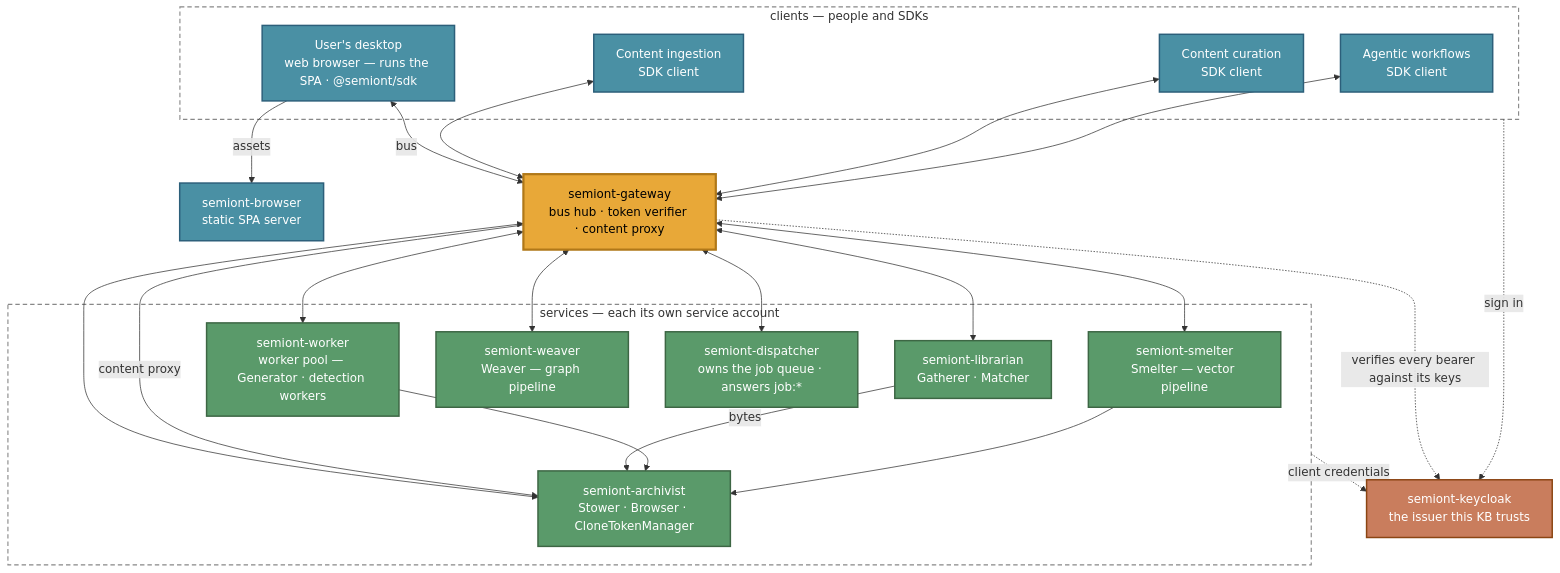
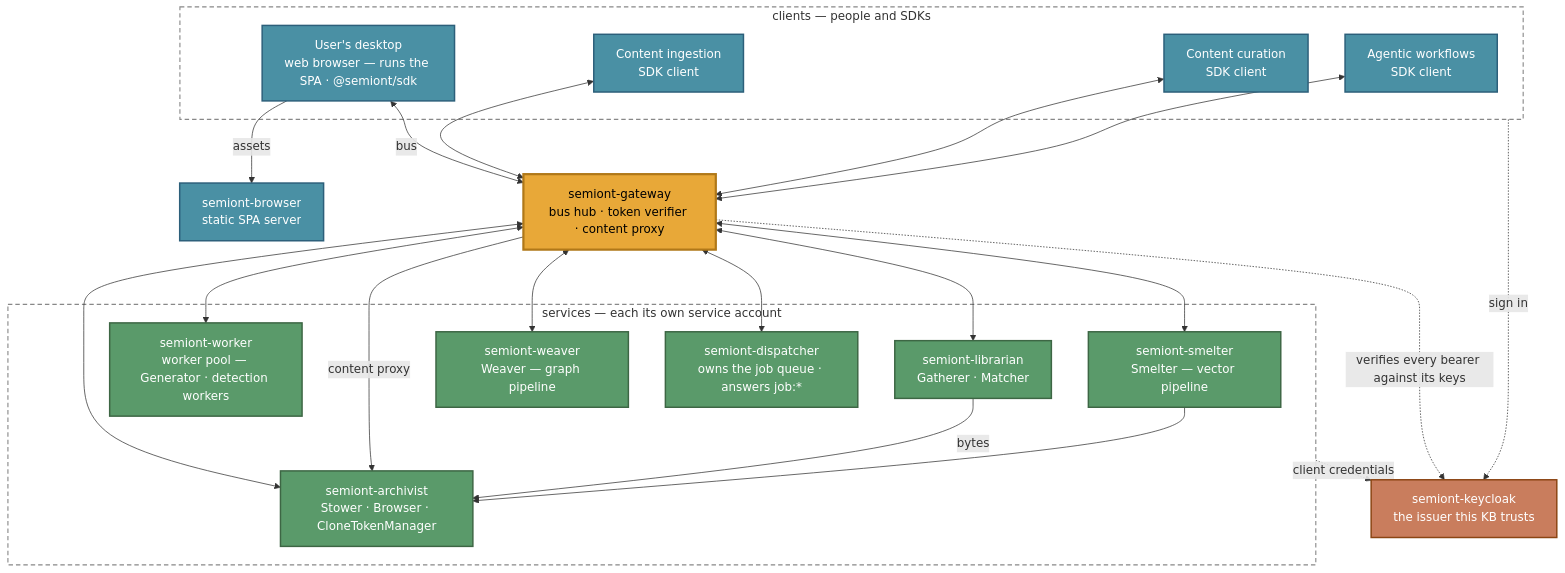
The first of 2 diagrams in docs/operator/CONTAINER-TOPOLOGY.md (The-AI-Alliance/semiont), drawn with Mermaid before and after one commit. The commit also changed other lines of this file and 563 other files, not shown here.

````diff
--- a/docs/operator/CONTAINER-TOPOLOGY.md
+++ b/docs/operator/CONTAINER-TOPOLOGY.md
@@ -22,56 +22,55 @@
 ```mermaid
 graph TB
     subgraph CLIENTS ["clients — people and SDKs"]
         USER["User's desktop<br/>web browser — runs the SPA · @semiont/sdk"]
         INGEST["Content ingestion<br/>SDK client"]
         CURATE["Content curation<br/>SDK client"]
         AGENT["Agentic workflows<br/>SDK client"]
     end
 
     BROWSERC["semiont-browser<br/>static SPA server"]
     GW["semiont-gateway<br/>bus hub · token verifier · content proxy"]
     KC["semiont-keycloak<br/>the issuer this KB trusts"]
 
     subgraph SERVICES ["services — each its own service account"]
         LIB["semiont-librarian<br/>Gatherer · Matcher"]
         WORKER["semiont-worker<br/>worker pool — Generator · detection workers"]
         SMELT["semiont-smelter<br/>Smelter — vector pipeline"]
         WEAVE["semiont-weaver<br/>Weaver — graph pipeline"]
         ARCH["semiont-archivist<br/>Stower · Browser · CloneTokenManager"]
         DISP["semiont-dispatcher<br/>owns the job queue · answers job:*"]
     end
 
     USER -->|assets| BROWSERC
     USER <-->|bus| GW
     INGEST <--> GW
     CURATE <--> GW
     AGENT <--> GW
 
     GW <--> LIB
     GW <--> WORKER
     GW <--> SMELT
     GW <--> WEAVE
     GW <--> ARCH
     GW <--> DISP
 
     GW -->|content proxy| ARCH
     LIB -->|bytes| ARCH
-    WORKER --> ARCH
     SMELT --> ARCH
 
     CLIENTS -.->|sign in| KC
     SERVICES -.->|client credentials| KC
     GW -.->|verifies every bearer against its keys| KC
 
     classDef client fill:#4a90a4,stroke:#2c5f7a,stroke-width:2px,color:#fff
     classDef svc fill:#5a9a6a,stroke:#3d6644,stroke-width:2px,color:#fff
     classDef hub fill:#e8a838,stroke:#b07818,stroke-width:3px,color:#000
     classDef infra fill:#c97d5d,stroke:#8b4513,stroke-width:2px,color:#fff
 
     class USER,INGEST,CURATE,AGENT,BROWSERC client
     class LIB,WORKER,SMELT,WEAVE,ARCH,DISP svc
     class GW hub
     class KC infra
     style CLIENTS fill:none,stroke:#888,stroke-width:1.5px,stroke-dasharray:6 4
     style SERVICES fill:none,stroke:#888,stroke-width:1.5px,stroke-dasharray:6 4
 ```
````
